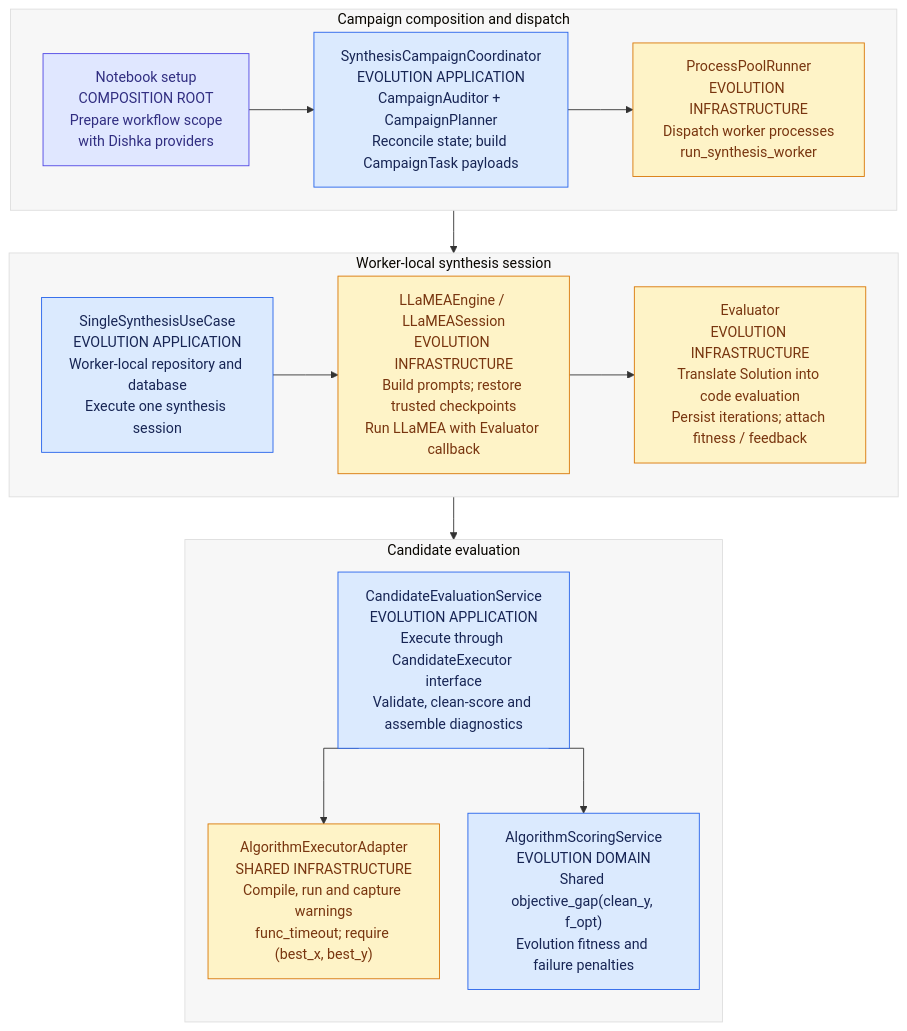
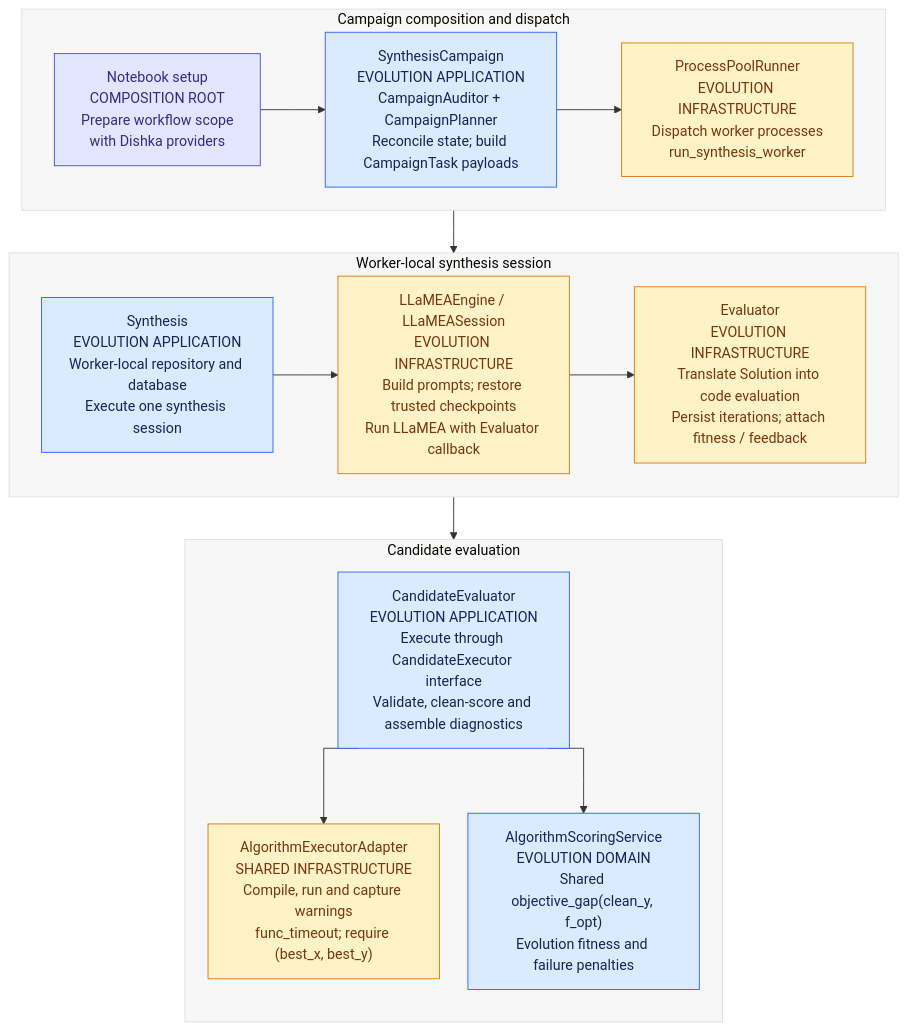
One commit to Nicola-Ibrahim/AAD_LLM changed the first of 2 diagrams in docs/architecture/system_architecture.md. Above: the diagram before and after it, drawn with Mermaid. The commit also changed other lines of this file and 109 other files, not shown here.

````diff
--- a/docs/architecture/system_architecture.md
+++ b/docs/architecture/system_architecture.md
@@ -17,36 +17,36 @@
 ```mermaid
 %%{init: {"theme":"base","themeVariables":{"background":"#f2e6ff","lineColor":"#333333","fontFamily":"Arial, Helvetica, sans-serif","clusterBkg":"#f7f7f7","clusterBorder":"#dedede"},"flowchart":{"curve":"stepAfter","nodeSpacing":32,"rankSpacing":48}}}%%
 flowchart TD
     accTitle: Synthesis collaboration
     accDescr: Campaign composition dispatches worker-local synthesis sessions; LLaMEA delegates candidate evaluation to shared execution and evolution scoring.
     subgraph Campaign["Campaign composition and dispatch"]
         direction LR
         Bootstrap["Notebook setup<br/>COMPOSITION ROOT<br/>Prepare workflow scope<br/>with Dishka providers"]
-        Coordinator["SynthesisCampaignCoordinator<br/>EVOLUTION APPLICATION<br/>CampaignAuditor + CampaignPlanner<br/>Reconcile state; build CampaignTask payloads"]
+        Coordinator["SynthesisCampaign<br/>EVOLUTION APPLICATION<br/>CampaignAuditor + CampaignPlanner<br/>Reconcile state; build CampaignTask payloads"]
         Dispatcher["ProcessPoolRunner<br/>EVOLUTION INFRASTRUCTURE<br/>Dispatch worker processes<br/>run_synthesis_worker"]
         Bootstrap --> Coordinator --> Dispatcher
     end
     subgraph Session["Worker-local synthesis session"]
         direction LR
-        UseCase["SingleSynthesisUseCase<br/>EVOLUTION APPLICATION<br/>Worker-local repository and database<br/>Execute one synthesis session"]
+        UseCase["Synthesis<br/>EVOLUTION APPLICATION<br/>Worker-local repository and database<br/>Execute one synthesis session"]
         Engine["LLaMEAEngine / LLaMEASession<br/>EVOLUTION INFRASTRUCTURE<br/>Build prompts; restore trusted checkpoints<br/>Run LLaMEA with Evaluator callback"]
         Evaluator["Evaluator<br/>EVOLUTION INFRASTRUCTURE<br/>Translate Solution into code evaluation<br/>Persist iterations; attach fitness / feedback"]
         UseCase --> Engine --> Evaluator
     end
     subgraph Candidate["Candidate evaluation"]
         direction TB
-        Evaluation["CandidateEvaluationService<br/>EVOLUTION APPLICATION<br/>Execute through CandidateExecutor interface<br/>Validate, clean-score and assemble diagnostics"]
+        Evaluation["CandidateEvaluator<br/>EVOLUTION APPLICATION<br/>Execute through CandidateExecutor interface<br/>Validate, clean-score and assemble diagnostics"]
         Executor["AlgorithmExecutorAdapter<br/>SHARED INFRASTRUCTURE<br/>Compile, run and capture warnings<br/>func_timeout; require (best_x, best_y)"]
         Scoring["AlgorithmScoringService<br/>EVOLUTION DOMAIN<br/>Shared objective_gap(clean_y, f_opt)<br/>Evolution fitness and failure penalties"]
         Evaluation --> Executor
         Evaluation --> Scoring
     end
     Dispatcher --> UseCase
     Evaluator --> Evaluation
     classDef application fill:#dbeafe,stroke:#2563eb,color:#172554;
     classDef infrastructure fill:#fef3c7,stroke:#d97706,color:#78350f;
     classDef composition fill:#e0e7ff,stroke:#4f46e5,color:#312e81;
     class Bootstrap composition;
     class Coordinator,UseCase,Evaluation,Scoring application;
     class Dispatcher,Engine,Evaluator,Executor infrastructure;
 ```
````
